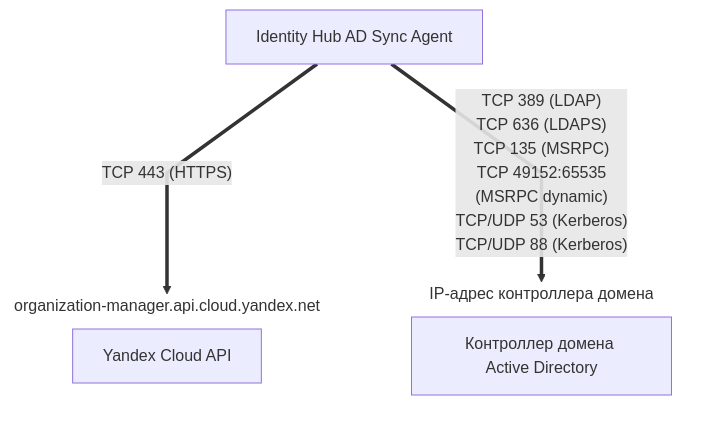
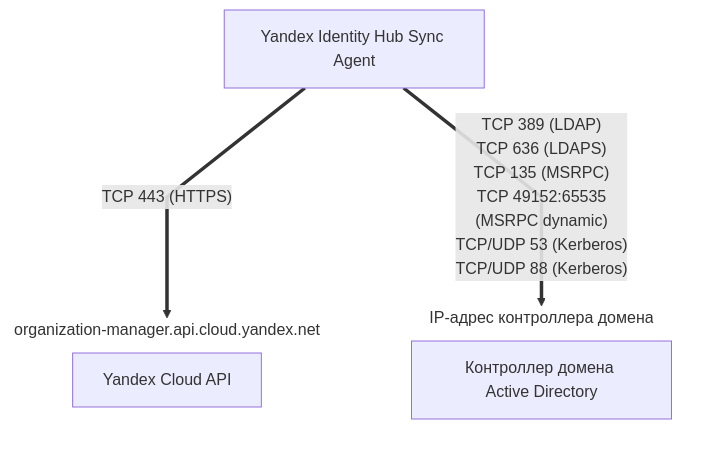
One commit to yandex-cloud/docs changed the diagram in md-docs/organization/concepts/ad-sync/index.md. Above: the diagram before and after it, drawn with Mermaid. The commit also changed other lines of this file and 4517 other files, not shown here.

````diff
--- a/md-docs/organization/concepts/ad-sync/index.md
+++ b/md-docs/organization/concepts/ad-sync/index.md
@@ -18,17 +18,17 @@
 ```mermaid
 flowchart TB
-    A["Identity Hub AD Sync Agent"]
+    A["Yandex Identity Hub Sync Agent"]
     subgraph B [organization-manager.api.cloud.yandex.net]
     D["Yandex Cloud API"]
     end
     subgraph C [IP-адрес контроллера домена]
     E["Контроллер домена Active Directory"]
     end
     A e1@==>|"TCP 443 (HTTPS)"|B
     A e2@==>|"TCP 389 (LDAP)<br/>TCP 636 (LDAPS)<br/>TCP 135 (MSRPC)<br/>TCP 49152:65535<br/>(MSRPC dynamic)<br/>TCP/UDP 53 (Kerberos)<br/>TCP/UDP 88 (Kerberos)"|C
     class B myStyle
     class C myStyle
     e1@{ curve: linear }
     e2@{ curve: linear }
     classDef myStyle fill:transparent,stroke-width:0
 ```
````
